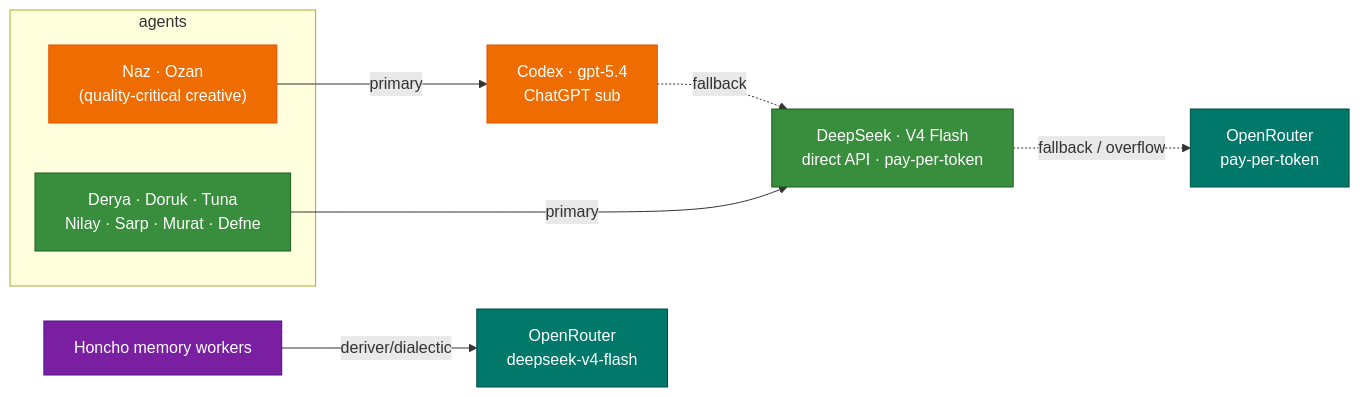
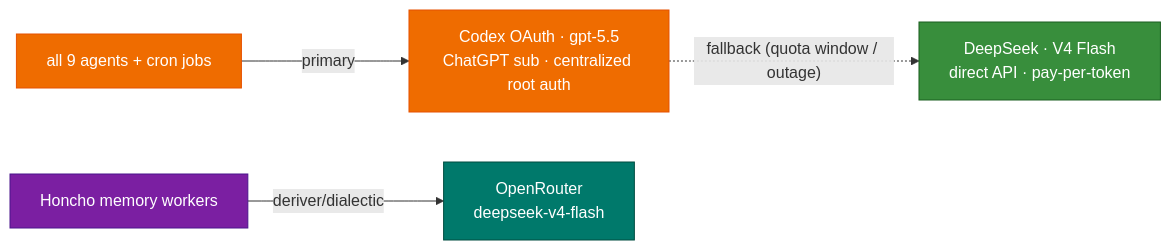
Before and after one commit to mpolatcan/hermes-setup: the third of 5 diagrams in README.md, drawn with Mermaid. The commit also changed other lines of this file and 5 other files, not shown here.

First line of the commit message:
docs: propagate GPT-5.5 fleet migration through all model/fallback references

````diff
--- a/README.md
+++ b/README.md
@@ -174,16 +174,10 @@
 ```mermaid
 flowchart LR
-    subgraph agents["agents"]
-        cx["Naz · Ozan<br/>(quality-critical creative)"]:::codex
-        mm["Derya · Doruk · Tuna<br/>Nilay · Sarp · Murat · Defne"]:::mini
-    end
-    cx -->|primary| Codex["Codex · gpt-5.4<br/>ChatGPT sub"]:::codex
-    mm -->|primary| DeepSeek["DeepSeek · V4 Flash<br/>direct API · pay-per-token"]:::mini
-    Codex -. fallback .-> DeepSeek
-    DeepSeek -. fallback / overflow .-> OR["OpenRouter<br/>pay-per-token"]:::ext
+    all9["all 9 agents + cron jobs"]:::codex -->|primary| Codex["Codex OAuth · gpt-5.5<br/>ChatGPT sub · centralized root auth"]:::codex
+    Codex -. "fallback (quota window / outage)" .-> DeepSeek["DeepSeek · V4 Flash<br/>direct API · pay-per-token"]:::mini
     Honcho["Honcho memory workers"]:::infra -->|deriver/dialectic| ORd["OpenRouter<br/>deepseek-v4-flash"]:::ext
     classDef codex fill:#EF6C00,stroke:#E65100,color:#fff
     classDef mini fill:#388E3C,stroke:#1B5E20,color:#fff
     classDef ext fill:#00796B,stroke:#004D40,color:#fff
     classDef infra fill:#7B1FA2,stroke:#4A148C,color:#fff
 ```
````
